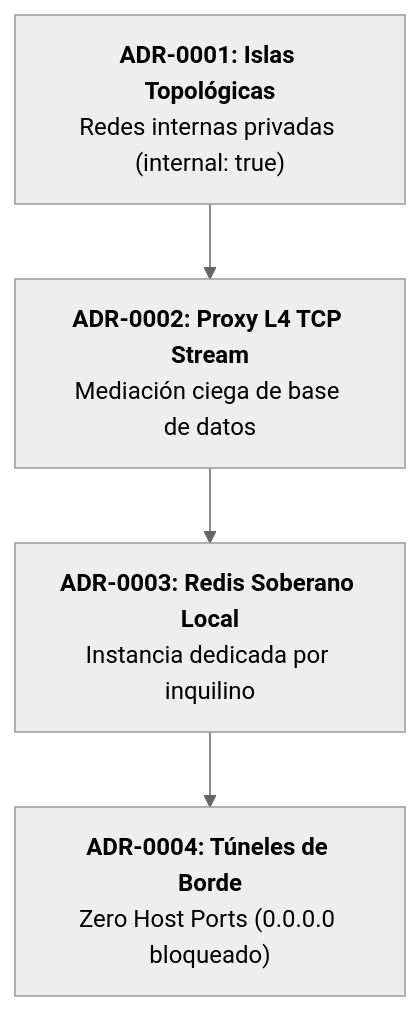
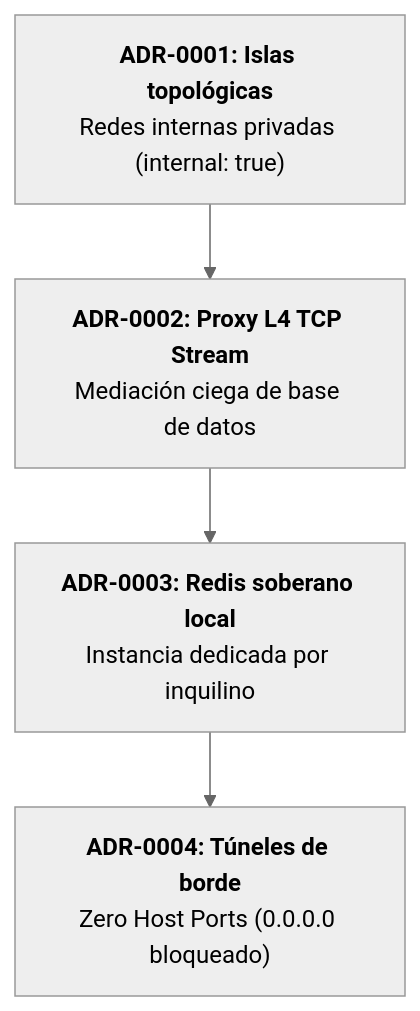
The third of 4 diagrams in README.md (isora-cloud-group/stratum-hub), drawn with Mermaid (neutral theme) before and after one commit. The commit also changed other lines of this file, not shown here.

````diff
--- a/README.md
+++ b/README.md
@@ -156,9 +148,9 @@
 ```mermaid
 flowchart TD
-    ADR1["<b>ADR-0001: Islas Topológicas</b><br/>Redes internas privadas (internal: true)"]
+    ADR1["<b>ADR-0001: Islas topológicas</b><br/>Redes internas privadas (internal: true)"]
     ADR2["<b>ADR-0002: Proxy L4 TCP Stream</b><br/>Mediación ciega de base de datos"]
-    ADR3["<b>ADR-0003: Redis Soberano Local</b><br/>Instancia dedicada por inquilino"]
-    ADR4["<b>ADR-0004: Túneles de Borde</b><br/>Zero Host Ports (0.0.0.0 bloqueado)"]
-
+    ADR3["<b>ADR-0003: Redis soberano local</b><br/>Instancia dedicada por inquilino"]
+    ADR4["<b>ADR-0004: Túneles de borde</b><br/>Zero Host Ports (0.0.0.0 bloqueado)"]
+    
     ADR1 --> ADR2 --> ADR3 --> ADR4
 ```
````
